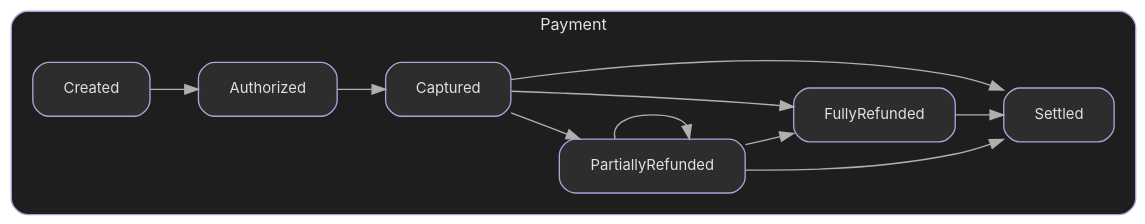
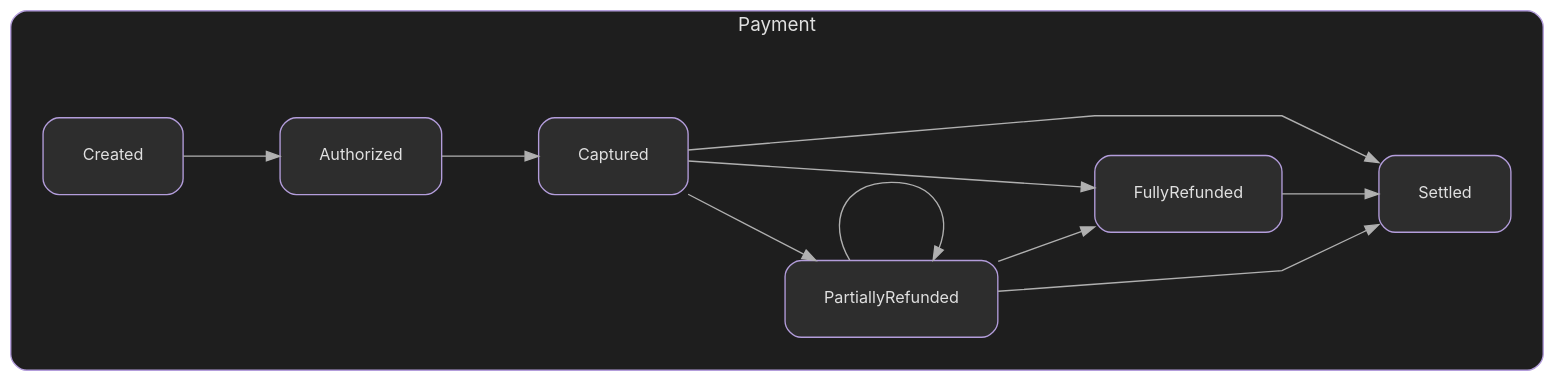
One commit to elijahr/nim-typestates changed the diagram in docs/assets/images/generated/payment.dot. Above: the diagram before and after it, drawn with Graphviz. The commit also changed 11 other files, not shown here.

```diff
--- a/docs/assets/images/generated/payment.dot
+++ b/docs/assets/images/generated/payment.dot
@@ -1,37 +1,40 @@
 digraph {
   rankdir=LR;
+  splines=polyline;
+  nodesep=0.8;
+  ranksep=1.0;
   bgcolor="transparent";
-  pad=0.5;
+  pad=1.0;
 
-  node [shape=box, style="rounded,filled", fillcolor="#2d2d2d", color="#b39ddb", fontcolor="#e0e0e0", fontname="Inter, SF Pro Display, -apple-system, BlinkMacSystemFont, Segoe UI, Roboto, sans-serif", fontsize=11, margin="0.3,0.2"];
+  node [shape=box, style="rounded,filled", fillcolor="#2d2d2d", color="#b39ddb", fontcolor="#e0e0e0", fontname="Inter, SF Pro Display, -apple-system, BlinkMacSystemFont, Segoe UI, Roboto, sans-serif", fontsize=12, margin="0.4,0.3"];
   edge [fontname="Inter, SF Pro Display, -apple-system, BlinkMacSystemFont, Segoe UI, Roboto, sans-serif", fontsize=9, color="#b0b0b0"];
 
   subgraph cluster_Payment {
     label="Payment";
     fontname="Inter, SF Pro Display, -apple-system, BlinkMacSystemFont, Segoe UI, Roboto, sans-serif";
-    fontsize=12;
+    fontsize=14;
     fontcolor="#e0e0e0";
     style="rounded";
     color="#b39ddb";
     bgcolor="#1e1e1e";
-    margin=16;
+    margin=24;
 
     Created;
     Authorized;
     Captured;
     PartiallyRefunded;
     FullyRefunded;
     Settled;
 
     Created -> Authorized;
     Authorized -> Captured;
     Captured -> PartiallyRefunded;
     Captured -> FullyRefunded;
     Captured -> Settled;
     PartiallyRefunded -> PartiallyRefunded;
     PartiallyRefunded -> FullyRefunded;
     PartiallyRefunded -> Settled;
     FullyRefunded -> Settled;
   }
 
 }
```
